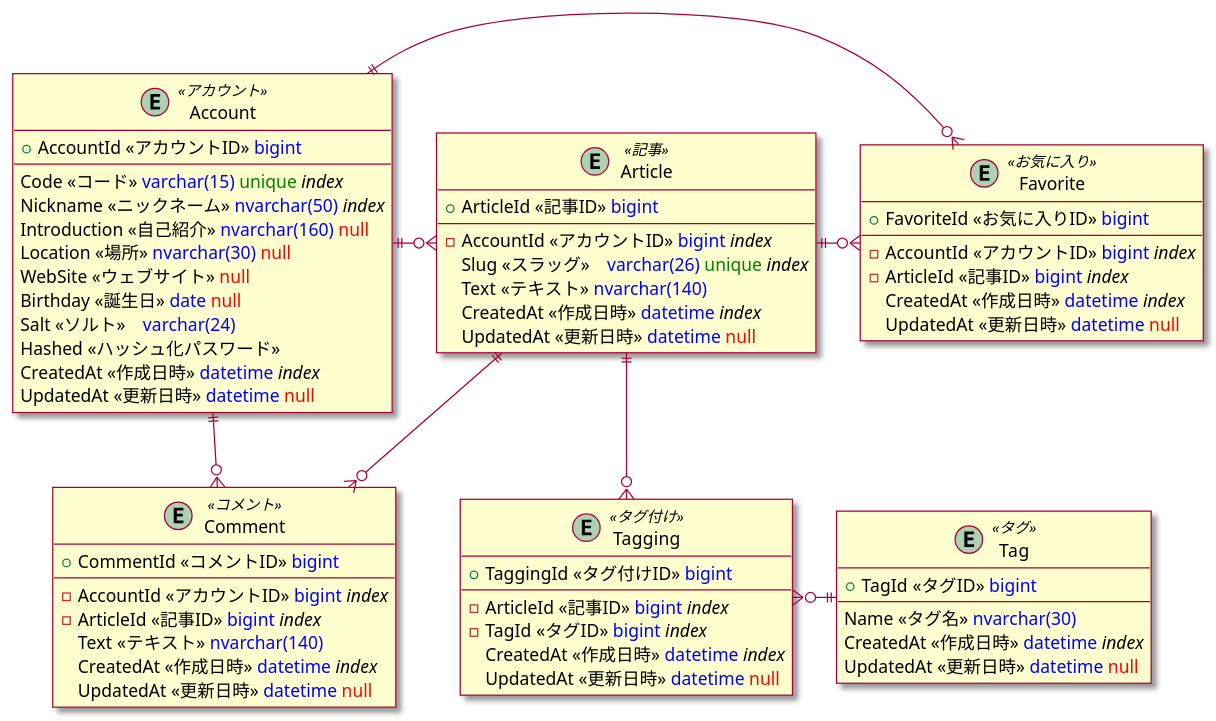
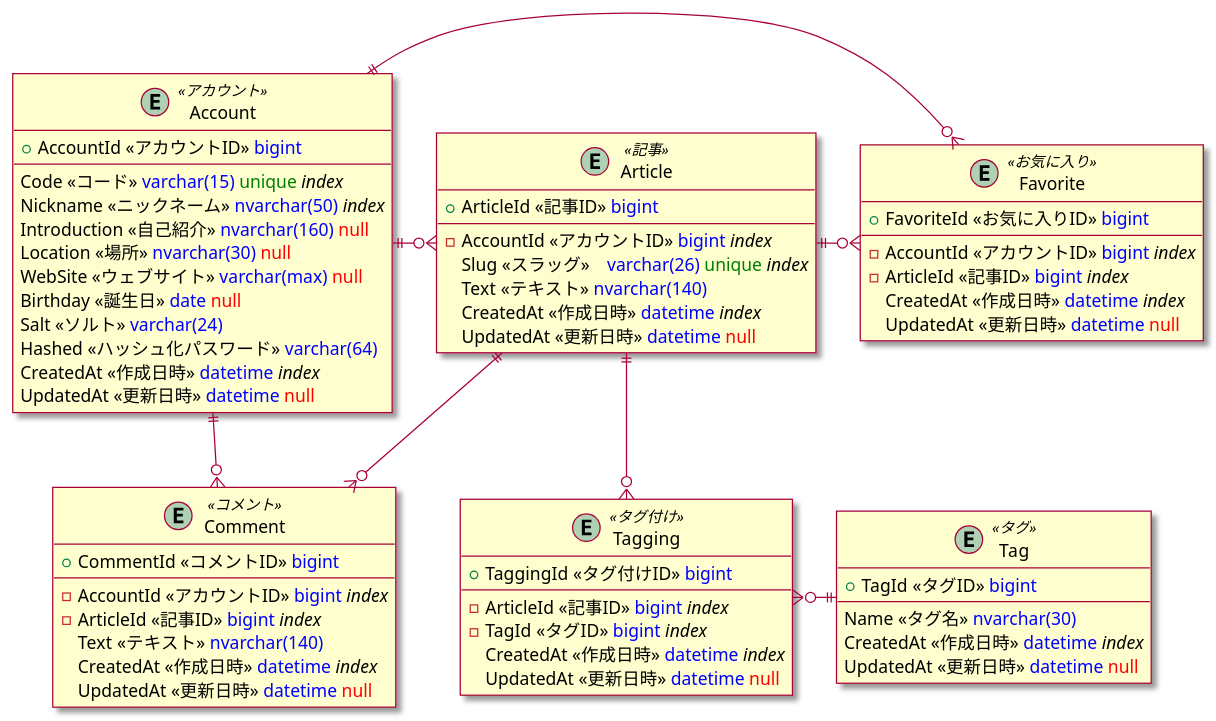
One commit to sano-suguru/SnsSample changed the diagram in doc/er.pu. Above: the diagram before and after it, drawn with PlantUML. The commit also changed 1 other file, not shown here.

Commit message:
ER図を修正する #11 (#12)

```diff
--- a/doc/er.pu
+++ b/doc/er.pu
@@ -1,72 +1,72 @@
 @startuml
 skin rose
 
 entity Account <<アカウント>> {
   +AccountId <<アカウントID>> <color:blue>bigint</color>
   --
   Code <<コード>> <color:blue>varchar(15)</color> <color:green>unique</color> //index//
   Nickname <<ニックネーム>> <color:blue>nvarchar(50)</color> //index//
   Introduction <<自己紹介>> <color:blue>nvarchar(160)</color> <color:red>null</color>
   Location <<場所>> <color:blue>nvarchar(30)</color> <color:red>null</color>
-  WebSite <<ウェブサイト>> <color:red>null</color>
+  WebSite <<ウェブサイト>> <color:blue>varchar(max)</color> <color:red>null</color>
   Birthday <<誕生日>> <color:blue>date</color> <color:red>null</color>
-  Salt <<ソルト>>　<color:blue>varchar(24)</color>
-  Hashed <<ハッシュ化パスワード>>
+  Salt <<ソルト>> <color:blue>varchar(24)</color>
+  Hashed <<ハッシュ化パスワード>> <color:blue>varchar(64)</color>
   CreatedAt <<作成日時>> <color:blue>datetime</color> //index//
   UpdatedAt <<更新日時>> <color:blue>datetime</color> <color:red>null</color>
 }
 
 entity Article <<記事>>{
   +ArticleId <<記事ID>> <color:blue>bigint</color>
   --
   -AccountId <<アカウントID>> <color:blue>bigint</color> //index//
   Slug <<スラッグ>>　<color:blue>varchar(26)</color> <color:green>unique</color> //index//
   Text <<テキスト>> <color:blue>nvarchar(140)</color>
   CreatedAt <<作成日時>> <color:blue>datetime</color> //index//
   UpdatedAt <<更新日時>> <color:blue>datetime</color> <color:red>null</color>
 }
 
 entity Comment <<コメント>> {
   +CommentId <<コメントID>> <color:blue>bigint</color>
   --
   -AccountId <<アカウントID>> <color:blue>bigint</color> //index//
   -ArticleId <<記事ID>> <color:blue>bigint</color> //index//
   Text <<テキスト>> <color:blue>nvarchar(140)</color>
   CreatedAt <<作成日時>> <color:blue>datetime</color> //index//
   UpdatedAt <<更新日時>> <color:blue>datetime</color> <color:red>null</color>
 }
 
 entity Favorite <<お気に入り>> {
   +FavoriteId <<お気に入りID>> <color:blue>bigint</color>
   --
   -AccountId <<アカウントID>> <color:blue>bigint</color> //index//
   -ArticleId <<記事ID>> <color:blue>bigint</color> //index//
   CreatedAt <<作成日時>> <color:blue>datetime</color> //index//
   UpdatedAt <<更新日時>> <color:blue>datetime</color> <color:red>null</color>
 }
 
 entity Tag <<タグ>> {
   +TagId <<タグID>> <color:blue>bigint</color>
   --
   Name <<タグ名>> <color:blue>nvarchar(30)</color>
   CreatedAt <<作成日時>> <color:blue>datetime</color> //index//
   UpdatedAt <<更新日時>> <color:blue>datetime</color> <color:red>null</color>
 }
 
 entity Tagging <<タグ付け>> {
   +TaggingId <<タグ付けID>> <color:blue>bigint</color>
   --
   -ArticleId <<記事ID>> <color:blue>bigint</color> //index//
   -TagId <<タグID>> <color:blue>bigint</color> //index//
   CreatedAt <<作成日時>> <color:blue>datetime</color> //index//
   UpdatedAt <<更新日時>> <color:blue>datetime</color> <color:red>null</color>
 }
 
 Account ||-o{ Article
 Article ||-o{ Comment
 Account ||--o{ Comment
 Account ||-o{ Favorite
 Article ||-o{ Favorite
 Article ||--o{ Tagging
 Tagging }o-|| Tag
 @enduml
```
